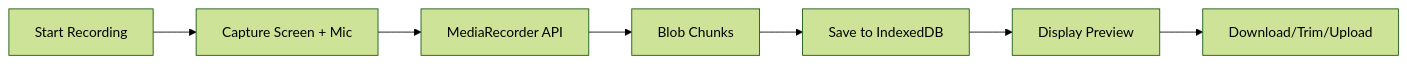
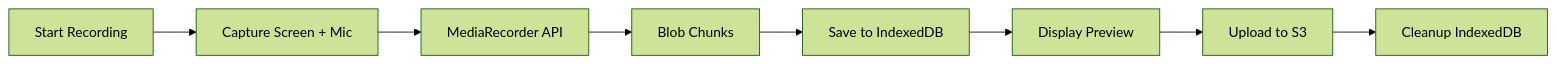
The first of 3 diagrams in README.md (Vinit20762/screen-recorder-mvp), drawn with Mermaid (forest theme) before and after one commit. The commit also changed other lines of this file, not shown here.

````diff
--- a/README.md
+++ b/README.md
@@ -298,9 +343,10 @@
 ```mermaid
 graph LR
     A[Start Recording] --> B[Capture Screen + Mic]
     B --> C[MediaRecorder API]
     C --> D[Blob Chunks]
     D --> E[Save to IndexedDB]
     E --> F[Display Preview]
-    F --> G[Download/Trim/Upload]
+    F --> G[Upload to S3]
+    G --> H[Cleanup IndexedDB]
 ```
````
